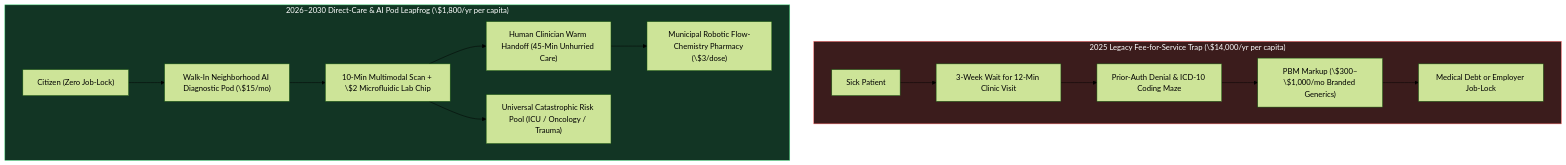
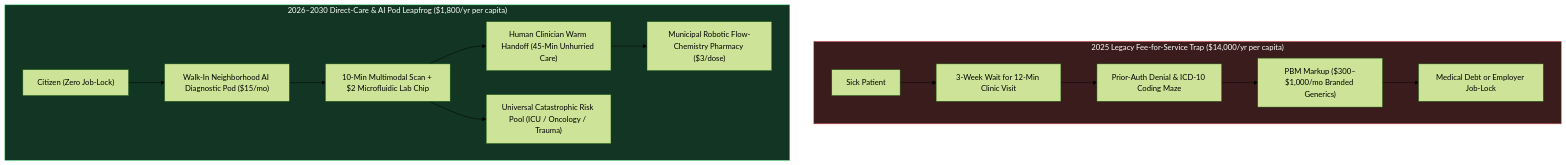
One commit to d-10-g/OneOfMany changed the first of 3 diagrams in vision-shorter-02-social/02-healthcare-and-insurance-leapfrog/REPORT.md. Above: the diagram before and after it, drawn with Mermaid (forest theme). The commit also changed 23 other files, not shown here.

Commit message:
Fix Mermaid multi-subgraph blank-line parsing and KaTeX dollar escaping across all 85 pathways

````diff
--- a/vision-shorter-02-social/02-healthcare-and-insurance-leapfrog/REPORT.md
+++ b/vision-shorter-02-social/02-healthcare-and-insurance-leapfrog/REPORT.md
@@ -14,20 +14,20 @@
 ```mermaid
 flowchart TD
-    subgraph Legacy["2025 Legacy Fee-for-Service Trap (\$14,000/yr per capita)"]
+    subgraph Legacy["2025 Legacy Fee-for-Service Trap ($14,000/yr per capita)"]
         A["Sick Patient"] --> B["3-Week Wait for 12-Min Clinic Visit"]
         B --> C["Prior-Auth Denial & ICD-10 Coding Maze"]
-        C --> D["PBM Markup (\$300–\$1,000/mo Branded Generics)"]
+        C --> D["PBM Markup ($300–$1,000/mo Branded Generics)"]
         D --> E["Medical Debt or Employer Job-Lock"]
     end
 
-    subgraph Leapfrog["2026–2030 Direct-Care & AI Pod Leapfrog (\$1,800/yr per capita)"]
-        F["Citizen (Zero Job-Lock)"] --> G["Walk-In Neighborhood AI Diagnostic Pod (\$15/mo)"]
-        G --> H["10-Min Multimodal Scan + \$2 Microfluidic Lab Chip"]
+    subgraph Leapfrog["2026–2030 Direct-Care & AI Pod Leapfrog ($1,800/yr per capita)"]
+        F["Citizen (Zero Job-Lock)"] --> G["Walk-In Neighborhood AI Diagnostic Pod ($15/mo)"]
+        G --> H["10-Min Multimodal Scan + $2 Microfluidic Lab Chip"]
         H --> I["Human Clinician Warm Handoff (45-Min Unhurried Care)"]
-        I --> J["Municipal Robotic Flow-Chemistry Pharmacy (\$3/dose)"]
+        I --> J["Municipal Robotic Flow-Chemistry Pharmacy ($3/dose)"]
         H --> K["Universal Catastrophic Risk Pool (ICU / Oncology / Trauma)"]
     end
 
     style Legacy fill:#3b1c1c,stroke:#ff6b6b,color:#ffffff
     style Leapfrog fill:#123524,stroke:#4ade80,color:#ffffff
 ```
````
